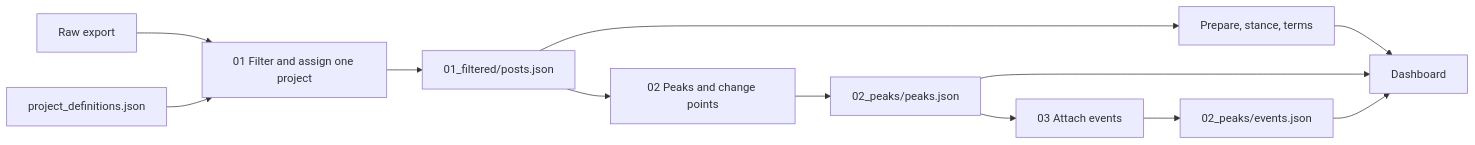
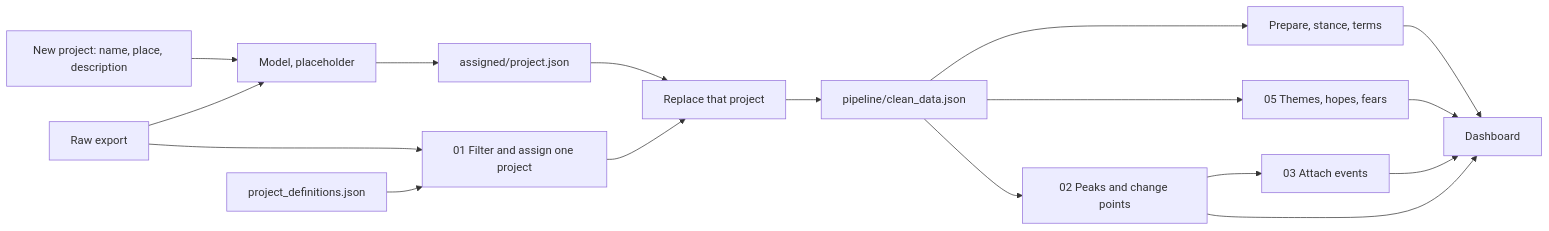
The diagram in README.md (JoschaKoegler/Hackathon-KJRJ), drawn with Mermaid before and after one commit. The commit also changed other lines of this file and 20 other files, not shown here.

First line of the commit message:
Show Heilbronn themes, hopes, and fears from the cable-car passage.

````diff
--- a/README.md
+++ b/README.md
@@ -50,14 +60,19 @@
 ```mermaid
 flowchart LR
-  raw["Raw export"] --> filter["01 Filter and assign one project"]
+  form["New project: name, place, description"] --> model["Model, placeholder"]
+  raw["Raw export"] --> model
+  model --> assigned["assigned/project.json"]
+  raw --> filter["01 Filter and assign one project"]
   rules["project_definitions.json"] --> filter
-  filter --> posts["01_filtered/posts.json"]
+  assigned --> merge["Replace that project"]
+  filter --> merge
+  merge --> posts["pipeline/clean_data.json"]
   posts --> prepare["Prepare, stance, terms"]
   prepare --> page["Dashboard"]
+  posts --> themes["05 Themes, hopes, fears"]
+  themes --> page
   posts --> peaks["02 Peaks and change points"]
-  peaks --> peakfile["02_peaks/peaks.json"]
-  peakfile --> crawl["03 Attach events"]
-  crawl --> events["02_peaks/events.json"]
-  peakfile --> page
-  events --> page
+  peaks --> crawl["03 Attach events"]
+  crawl --> page
+  peaks --> page
 ```
````
